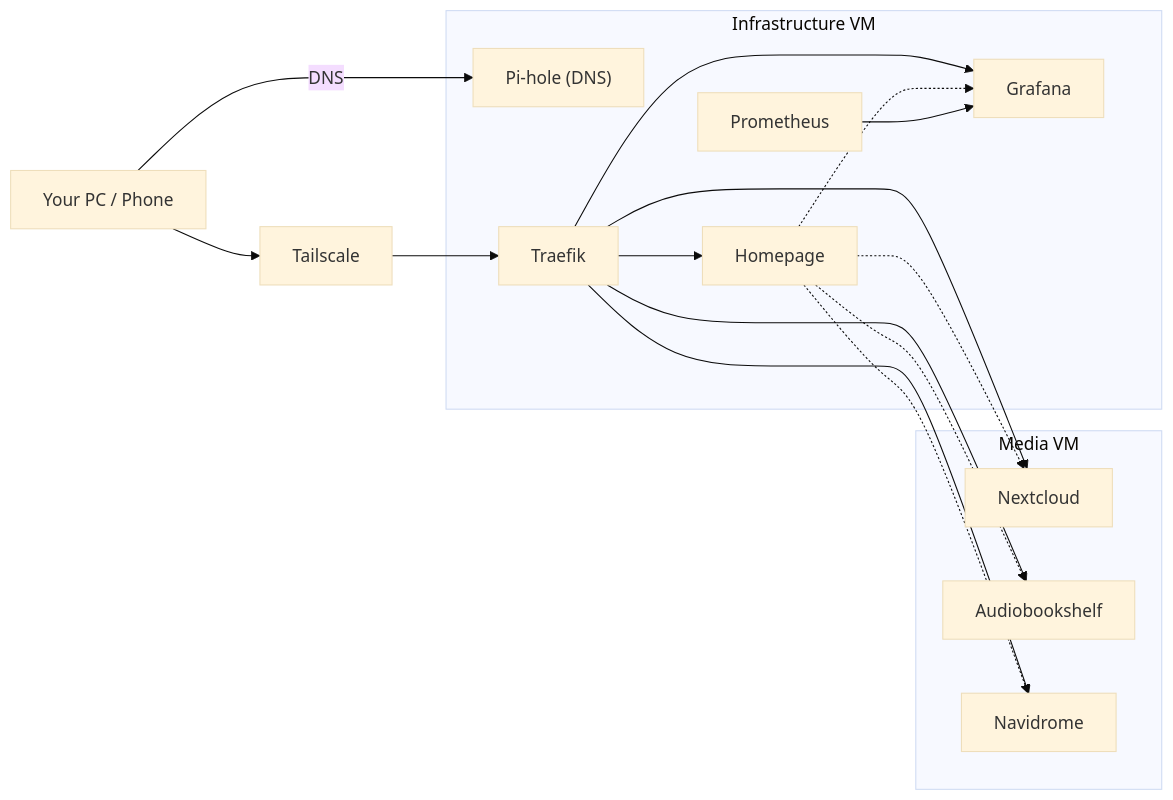
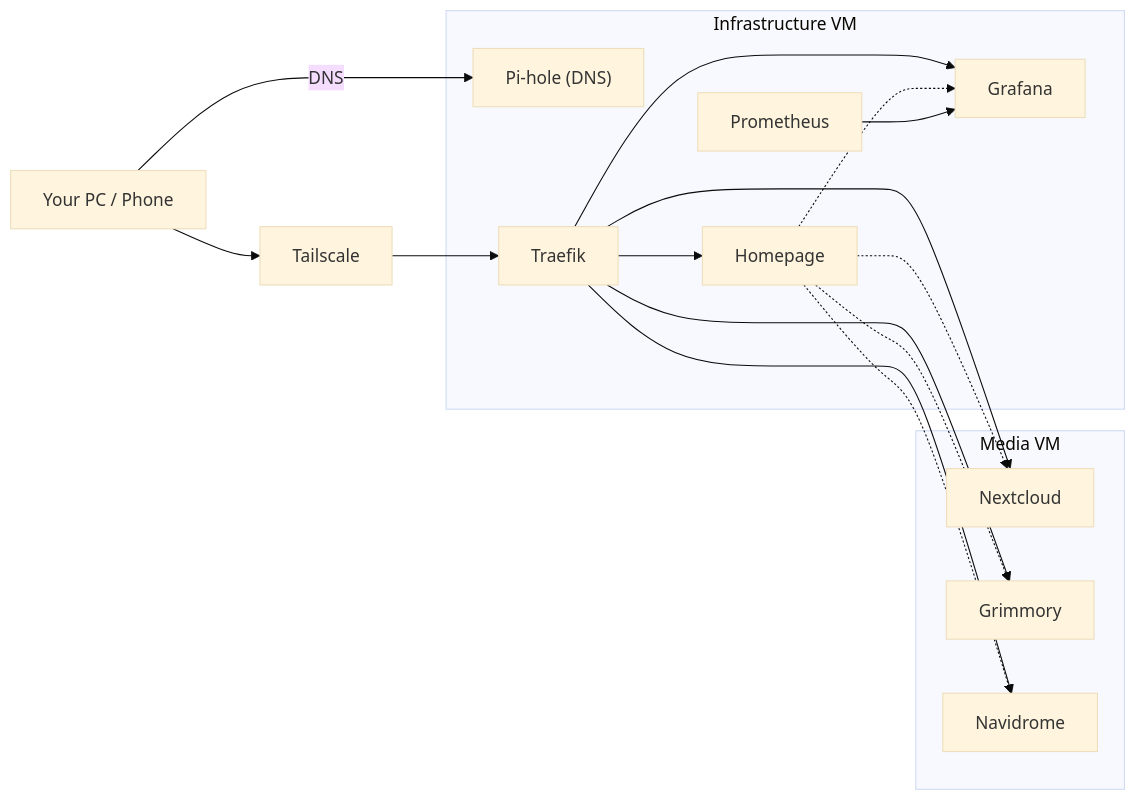
Before and after one commit to Juzarx/homelab: the second of 3 diagrams in docs/architecture.md, drawn with Mermaid (base theme). The commit also changed 1 other file, not shown here.

Commit message:
chores: changed audiobookshelf to grimmory

````diff
--- a/docs/architecture.md
+++ b/docs/architecture.md
@@ -41,37 +41,37 @@
 ```mermaid
 graph LR
 
 User["Your PC / Phone"]
 TS[Tailscale]
 
 subgraph Infra["Infrastructure VM"]
     Pihole["Pi-hole (DNS)"]
     Traefik[Traefik]
     Homepage[Homepage]
     Prometheus[Prometheus]
     Grafana[Grafana]
 end
 
 subgraph Media["Media VM"]
     Nextcloud[Nextcloud]
-    Books[Audiobookshelf]
+    Books[Grimmory]
     Music[Navidrome]
 end
 
 User -->|DNS| Pihole
 User --> TS
 TS --> Traefik
 
 Traefik --> Homepage
 Traefik --> Grafana
 Traefik --> Nextcloud
 Traefik --> Books
 Traefik --> Music
 
 Homepage -.-> Nextcloud
 Homepage -.-> Grafana
 Homepage -.-> Books
 Homepage -.-> Music
 
 Prometheus --> Grafana
 ```
````
